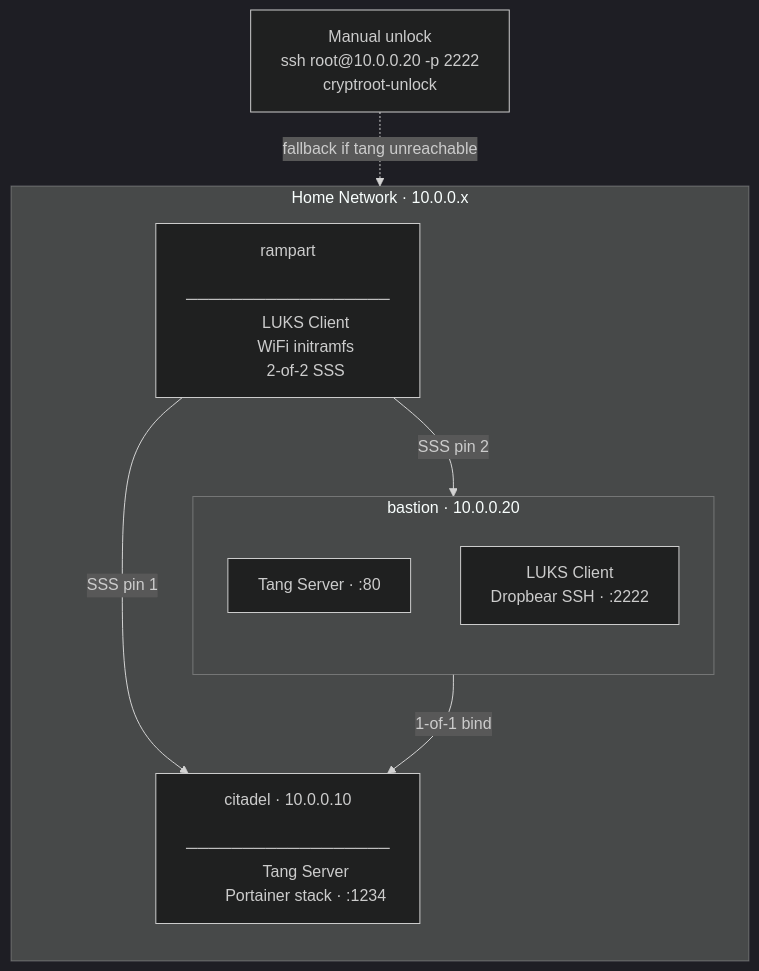
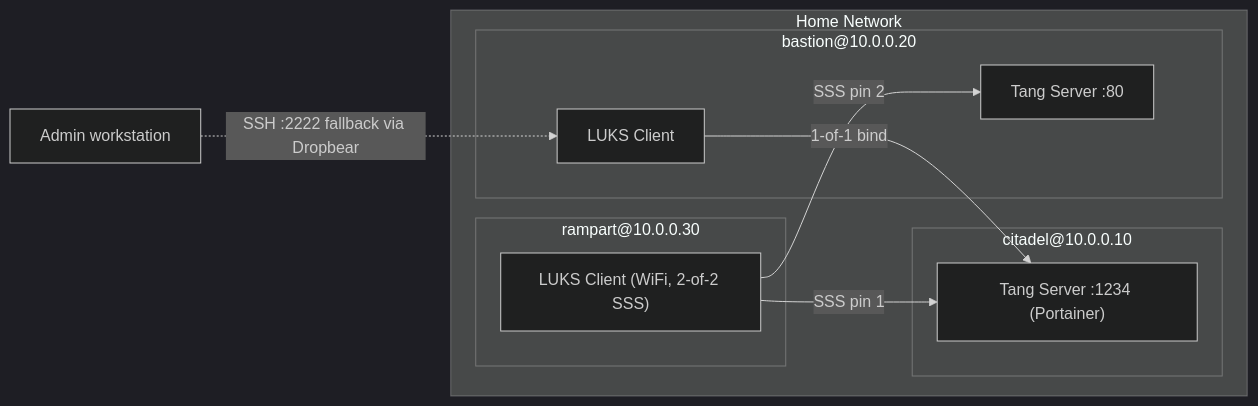
The diagram in README.md (mainframegremlin/nbde-tang-clevis), drawn with Mermaid (dark theme) before and after one commit. The commit also changed other lines of this file, not shown here.

Commit message:
feat: cleanup readme

````diff
--- a/README.md
+++ b/README.md
@@ -46,33 +46,24 @@
 ```mermaid
-graph TB
-    subgraph LAN["Home Network · 10.0.0.x"]
-        direction TB
-
-        citadel["citadel · 10.0.0.10
-        ──────────────────
-        Tang Server
-        Portainer stack · :1234"]
-
-        subgraph bastion_node["bastion · 10.0.0.20"]
-            direction TB
-            bastion_tang["Tang Server · :80"]
-            bastion_luks["LUKS Client
-            Dropbear SSH · :2222"]
+graph LR
+    subgraph LAN["Home Network"]
+        subgraph citadel["citadel@10.0.0.10"]
+            citadel_tang["Tang Server :1234 (Portainer)"]
         end
 
-        rampart["rampart
-        ──────────────────
-        LUKS Client
-        WiFi initramfs
-        2-of-2 SSS"]
+        subgraph bastion["bastion@10.0.0.20"]
+            bastion_tang["Tang Server :80"]
+            bastion_luks["LUKS Client"]
+        end
+
+        subgraph rampart["rampart@10.0.0.30"]
+            rampart_luks["LUKS Client (WiFi, 2-of-2 SSS)"]
+        end
     end
 
-    ssh_unlock["Manual unlock
-    ssh root@10.0.0.20 -p 2222
-    cryptroot-unlock"]
+    admin["Admin workstation"]
 
-    bastion_luks -- "1-of-1 bind" --> citadel
-    rampart -- "SSS pin 1" --> citadel
-    rampart -- "SSS pin 2" --> bastion_tang
-    ssh_unlock -. "fallback if tang unreachable" .-> bastion_luks
+    bastion_luks -->|"1-of-1 bind"| citadel_tang
+    rampart_luks -->|"SSS pin 1"| citadel_tang
+    rampart_luks -->|"SSS pin 2"| bastion_tang
+    admin -.->|"SSH :2222 fallback via Dropbear"| bastion_luks
 ```
````
